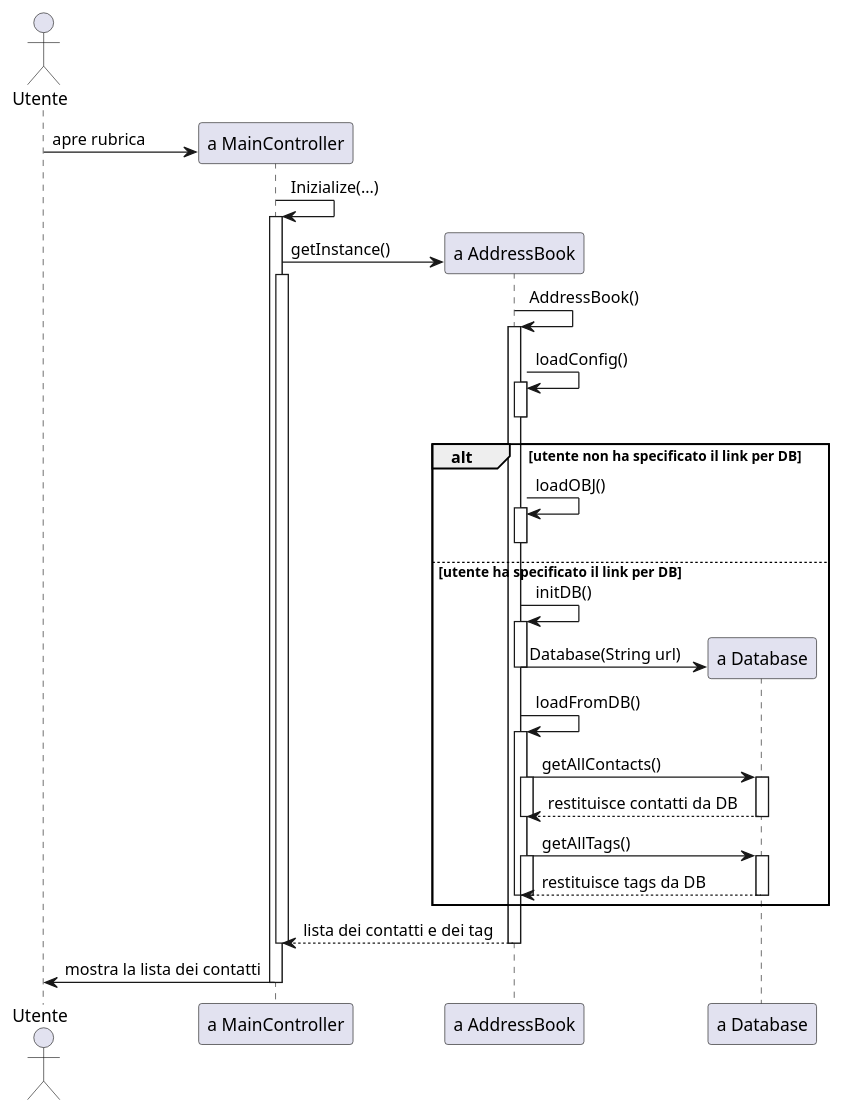
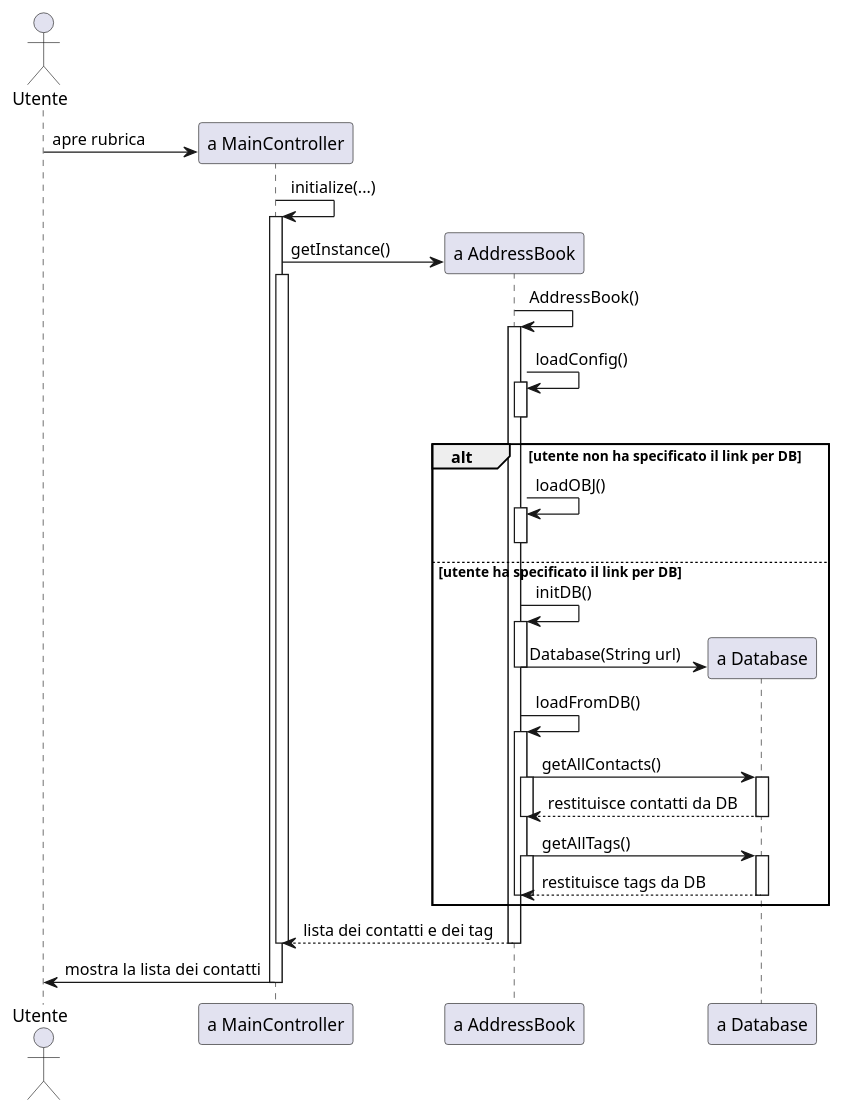
The diagram in documenti/diagrammi di sequenza/puml/diagrammaSequenzaInizializzazioneRubrica.puml (savaava/ProgettoRubrica), drawn with PlantUML before and after one commit. The commit also changed 10 other files, not shown here.

```diff
--- a/documenti/diagrammi di sequenza/puml/diagrammaSequenzaInizializzazioneRubrica.puml
+++ b/documenti/diagrammi di sequenza/puml/diagrammaSequenzaInizializzazioneRubrica.puml
@@ -1,58 +1,58 @@
 @startuml Inizializzazione Rubrica
 
 actor Utente as u
 participant "a MainController" as mc
 participant "a AddressBook" as ab
 participant "a Database" as d
 
 u -> mc ** : apre rubrica
-mc -> mc : Inizialize(...)
+mc -> mc : initialize(...)
 activate mc
 mc -> ab ** : getInstance()
 activate mc
 ab -> ab : AddressBook()
 activate ab
 
 ab -> ab : loadConfig()
 activate ab
 deactivate ab
 
 alt utente non ha specificato il link per DB
 ab -> ab : loadOBJ()
 activate ab
 deactivate ab
 
 else utente ha specificato il link per DB
 ab -> ab : initDB()
 activate ab
 ab -> d ** : Database(String url)
 
 deactivate ab
 
 ab -> ab : loadFromDB()
 activate ab
 ab -> d : getAllContacts()
 activate d
 activate ab
 d --> ab : restituisce contatti da DB
 deactivate d
 deactivate ab
 
 ab -> d : getAllTags()
 activate ab
 activate d
 d --> ab : restituisce tags da DB
 deactivate ab
 deactivate d
 
 deactivate ab
 
 end
 
 ab --> mc : lista dei contatti e dei tag
 deactivate mc
 deactivate ab
 mc -> u : mostra la lista dei contatti
 deactivate mc
 
 @enduml
```
